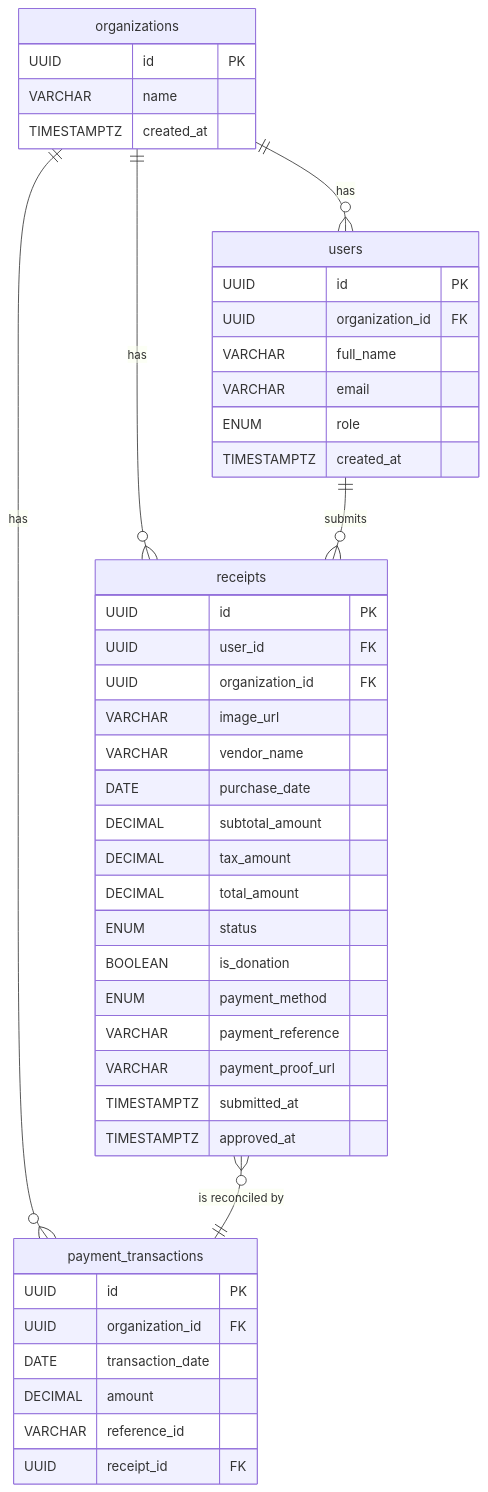
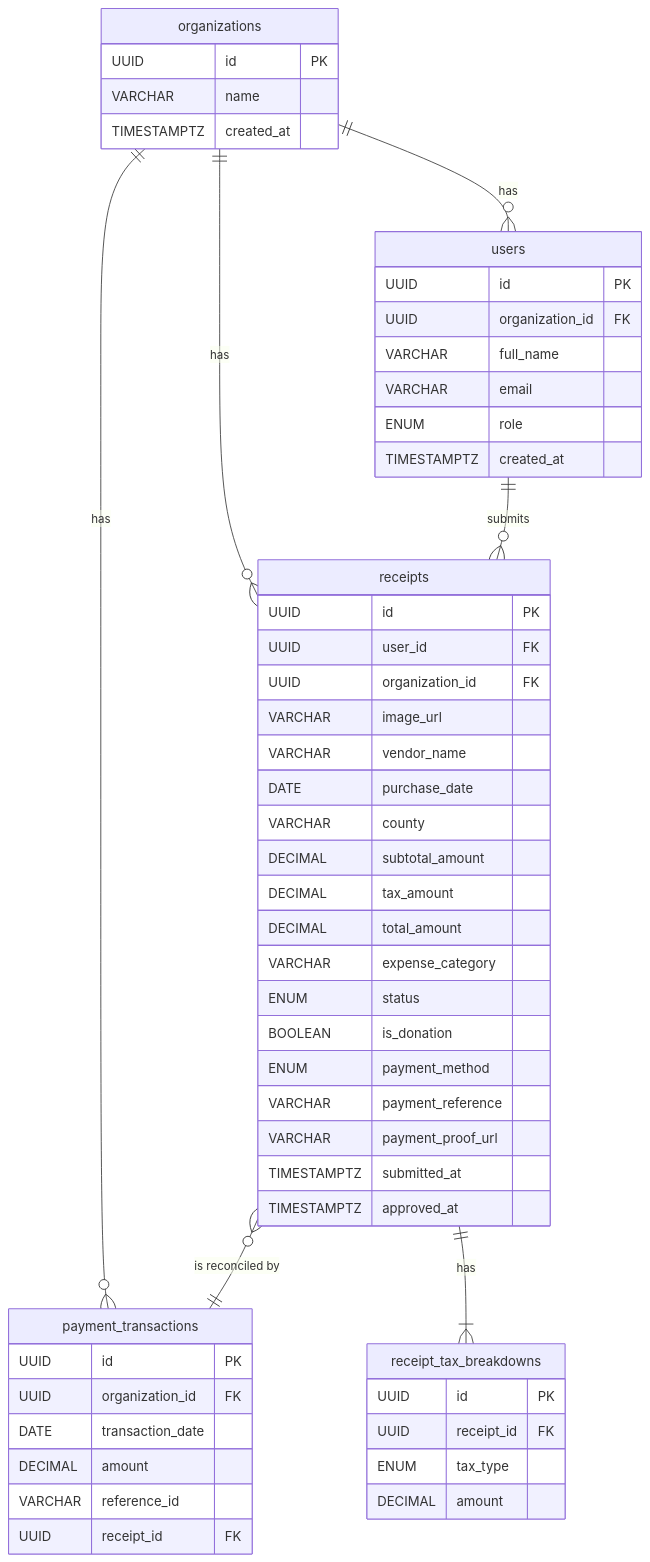
One commit to daniel-m7/GoodStewards changed the second of 2 diagrams in docs/technical_architecture.md. Above: the diagram before and after it, drawn with Mermaid. The commit also changed other lines of this file and 8 other files, not shown here.

Commit message:
roadmap changes

````diff
--- a/docs/technical_architecture.md
+++ b/docs/technical_architecture.md
@@ -124,54 +135,64 @@
 ```mermaid
 erDiagram
     organizations {
         UUID id PK
         VARCHAR name
         TIMESTAMPTZ created_at
     }
 
     users {
         UUID id PK
         UUID organization_id FK
         VARCHAR full_name
         VARCHAR email
         ENUM role
         TIMESTAMPTZ created_at
     }
 
     receipts {
         UUID id PK
         UUID user_id FK
         UUID organization_id FK
         VARCHAR image_url
         VARCHAR vendor_name
         DATE purchase_date
+        VARCHAR county
         DECIMAL subtotal_amount
         DECIMAL tax_amount
         DECIMAL total_amount
+        VARCHAR expense_category
         ENUM status
         BOOLEAN is_donation
         ENUM payment_method
         VARCHAR payment_reference
         VARCHAR payment_proof_url
         TIMESTAMPTZ submitted_at
         TIMESTAMPTZ approved_at
     }
 
     payment_transactions {
         UUID id PK
         UUID organization_id FK
         DATE transaction_date
         DECIMAL amount
         VARCHAR reference_id
         UUID receipt_id FK
     }
 
+    receipt_tax_breakdowns {
+        UUID id PK
+        UUID receipt_id FK
+        ENUM tax_type
+        DECIMAL amount
+    }
+
     organizations ||--o{ users : "has"
     organizations ||--o{ receipts : "has"
     organizations ||--o{ payment_transactions : "has"
 
     users ||--o{ receipts : "submits"
 
     receipts }o--|| payment_transactions : "is reconciled by"
+    receipts ||--|{ receipt_tax_breakdowns : "has"
 
 ```
````
